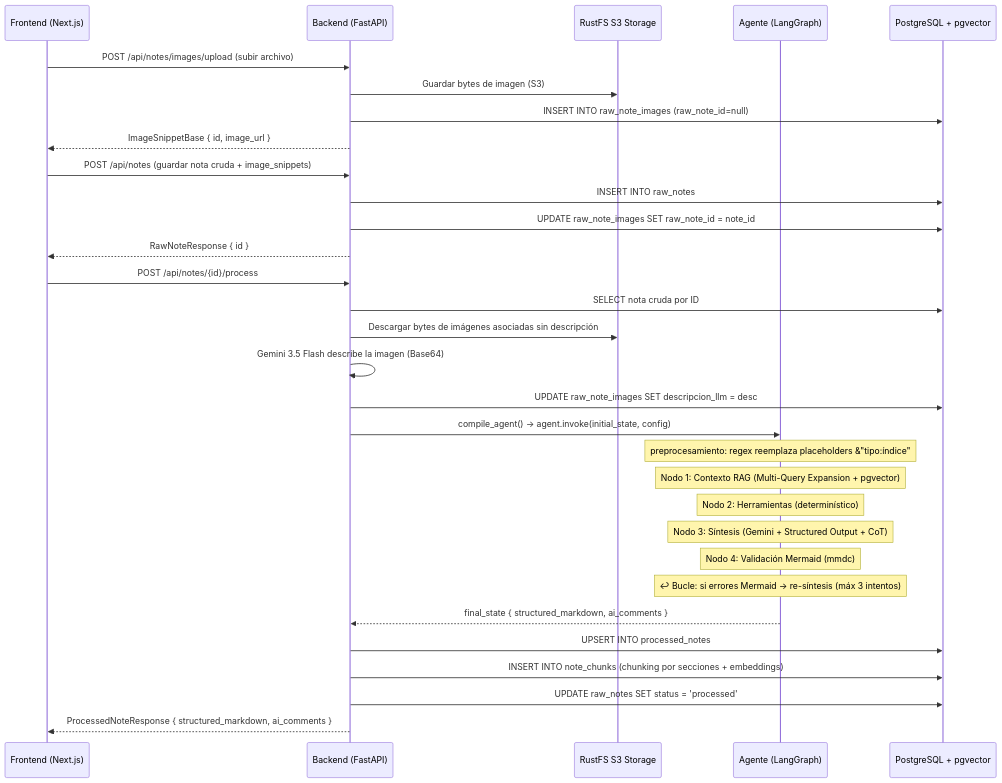
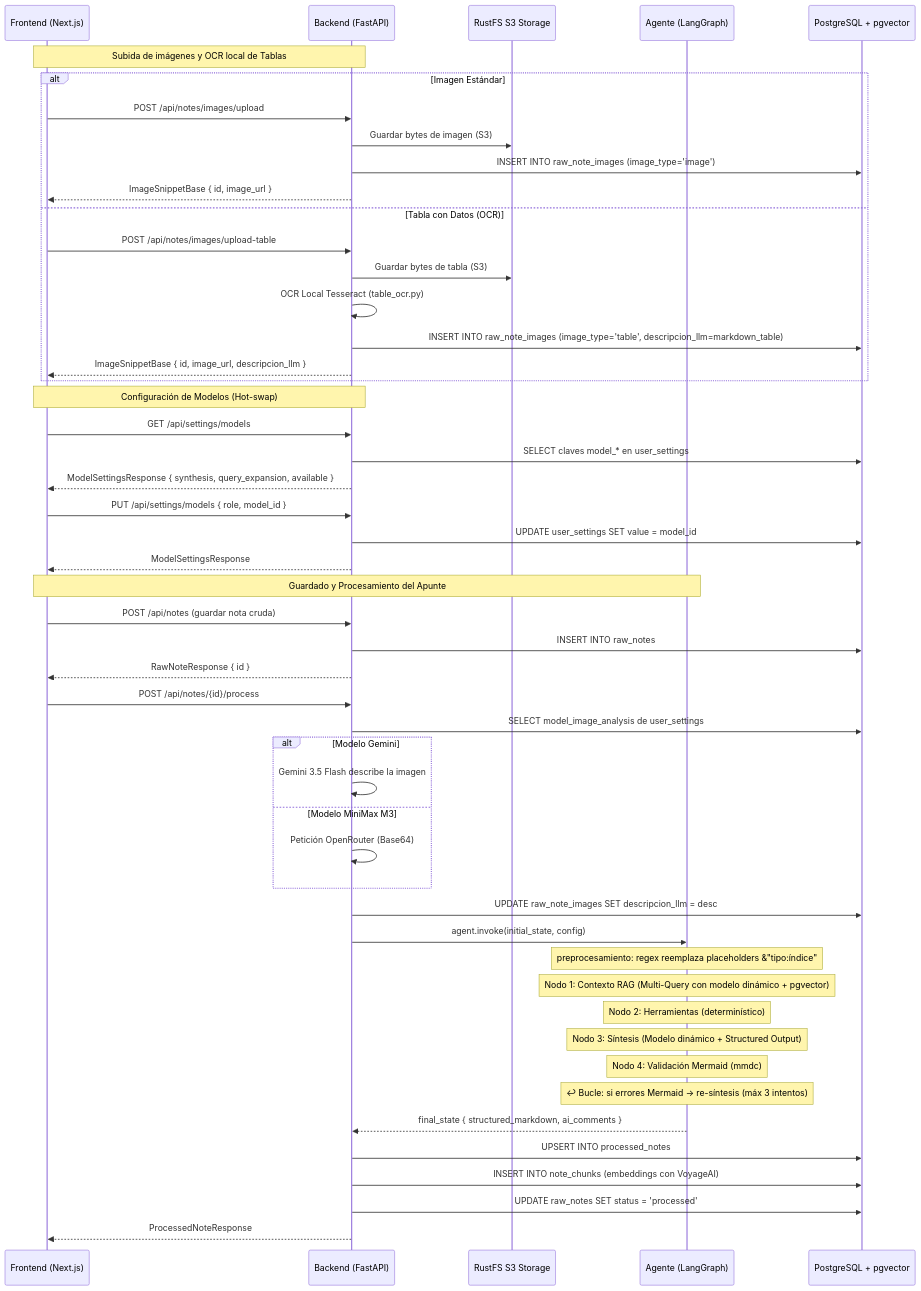
The second of 9 diagrams in docs/agent-architecture.md (JamesKristofUbiarco/Concat-notes), drawn with Mermaid before and after one commit. The commit also changed other lines of this file and 3 other files, not shown here.

Commit message:
docs: actualizar documentación general, secundaria y arquitectura del agente con OCR local y selector de modelos

````diff
--- a/docs/agent-architecture.md
+++ b/docs/agent-architecture.md
@@ -33,38 +33,58 @@
 ```mermaid
 sequenceDiagram
     participant FE as Frontend (Next.js)
     participant API as Backend (FastAPI)
     participant RUSTFS as RustFS S3 Storage
     participant AG as Agente (LangGraph)
     participant DB as PostgreSQL + pgvector
 
-    FE->>API: POST /api/notes/images/upload (subir archivo)
-    API->>RUSTFS: Guardar bytes de imagen (S3)
-    API->>DB: INSERT INTO raw_note_images (raw_note_id=null)
-    API-->>FE: ImageSnippetBase { id, image_url }
+    Note over FE, API: Subida de imágenes y OCR local de Tablas
+    alt Imagen Estándar
+        FE->>API: POST /api/notes/images/upload
+        API->>RUSTFS: Guardar bytes de imagen (S3)
+        API->>DB: INSERT INTO raw_note_images (image_type='image')
+        API-->>FE: ImageSnippetBase { id, image_url }
+    else Tabla con Datos (OCR)
+        FE->>API: POST /api/notes/images/upload-table
+        API->>RUSTFS: Guardar bytes de tabla (S3)
+        API->>API: OCR Local Tesseract (table_ocr.py)
+        API->>DB: INSERT INTO raw_note_images (image_type='table', descripcion_llm=markdown_table)
+        API-->>FE: ImageSnippetBase { id, image_url, descripcion_llm }
+    end
 
-    FE->>API: POST /api/notes (guardar nota cruda + image_snippets)
+    Note over FE, API: Configuración de Modelos (Hot-swap)
+    FE->>API: GET /api/settings/models
+    API->>DB: SELECT claves model_* en user_settings
+    API-->>FE: ModelSettingsResponse { synthesis, query_expansion, available }
+    FE->>API: PUT /api/settings/models { role, model_id }
+    API->>DB: UPDATE user_settings SET value = model_id
+    API-->>FE: ModelSettingsResponse
+
+    Note over FE, AG: Guardado y Procesamiento del Apunte
+    FE->>API: POST /api/notes (guardar nota cruda)
     API->>DB: INSERT INTO raw_notes
-    API->>DB: UPDATE raw_note_images SET raw_note_id = note_id
     API-->>FE: RawNoteResponse { id }
 
     FE->>API: POST /api/notes/{id}/process
-    API->>DB: SELECT nota cruda por ID
-    API->>RUSTFS: Descargar bytes de imágenes asociadas sin descripción
-    API->>API: Gemini 3.5 Flash describe la imagen (Base64)
+    API->>DB: SELECT model_image_analysis de user_settings
+    alt Modelo Gemini
+        API->>API: Gemini 3.5 Flash describe la imagen
+    else Modelo MiniMax M3
+        API->>API: Petición OpenRouter (Base64)
+    end
     API->>DB: UPDATE raw_note_images SET descripcion_llm = desc
-    API->>AG: compile_agent() → agent.invoke(initial_state, config)
+    API->>AG: agent.invoke(initial_state, config)
 
     Note over AG: preprocesamiento: regex reemplaza placeholders &"tipo:índice"
-    Note over AG: Nodo 1: Contexto RAG (Multi-Query Expansion + pgvector)
+    Note over AG: Nodo 1: Contexto RAG (Multi-Query con modelo dinámico + pgvector)
     Note over AG: Nodo 2: Herramientas (determinístico)
-    Note over AG: Nodo 3: Síntesis (Gemini + Structured Output + CoT)
+    Note over AG: Nodo 3: Síntesis (Modelo dinámico + Structured Output)
     Note over AG: Nodo 4: Validación Mermaid (mmdc)
     Note over AG: ↩ Bucle: si errores Mermaid → re-síntesis (máx 3 intentos)
 
     AG-->>API: final_state { structured_markdown, ai_comments }
     API->>DB: UPSERT INTO processed_notes
-    API->>DB: INSERT INTO note_chunks (chunking por secciones + embeddings)
+    API->>DB: INSERT INTO note_chunks (embeddings con VoyageAI)
     API->>DB: UPDATE raw_notes SET status = 'processed'
-    API-->>FE: ProcessedNoteResponse { structured_markdown, ai_comments }
+    API-->>FE: ProcessedNoteResponse
 ```
````
